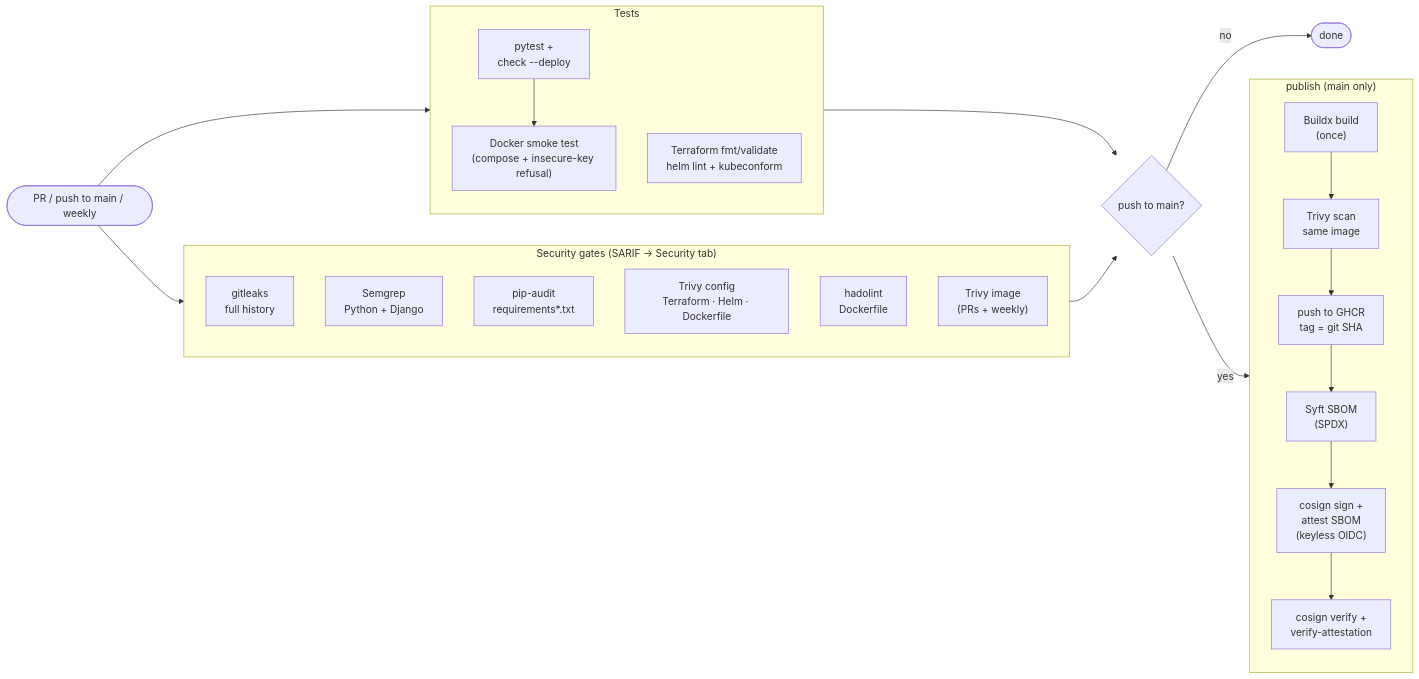
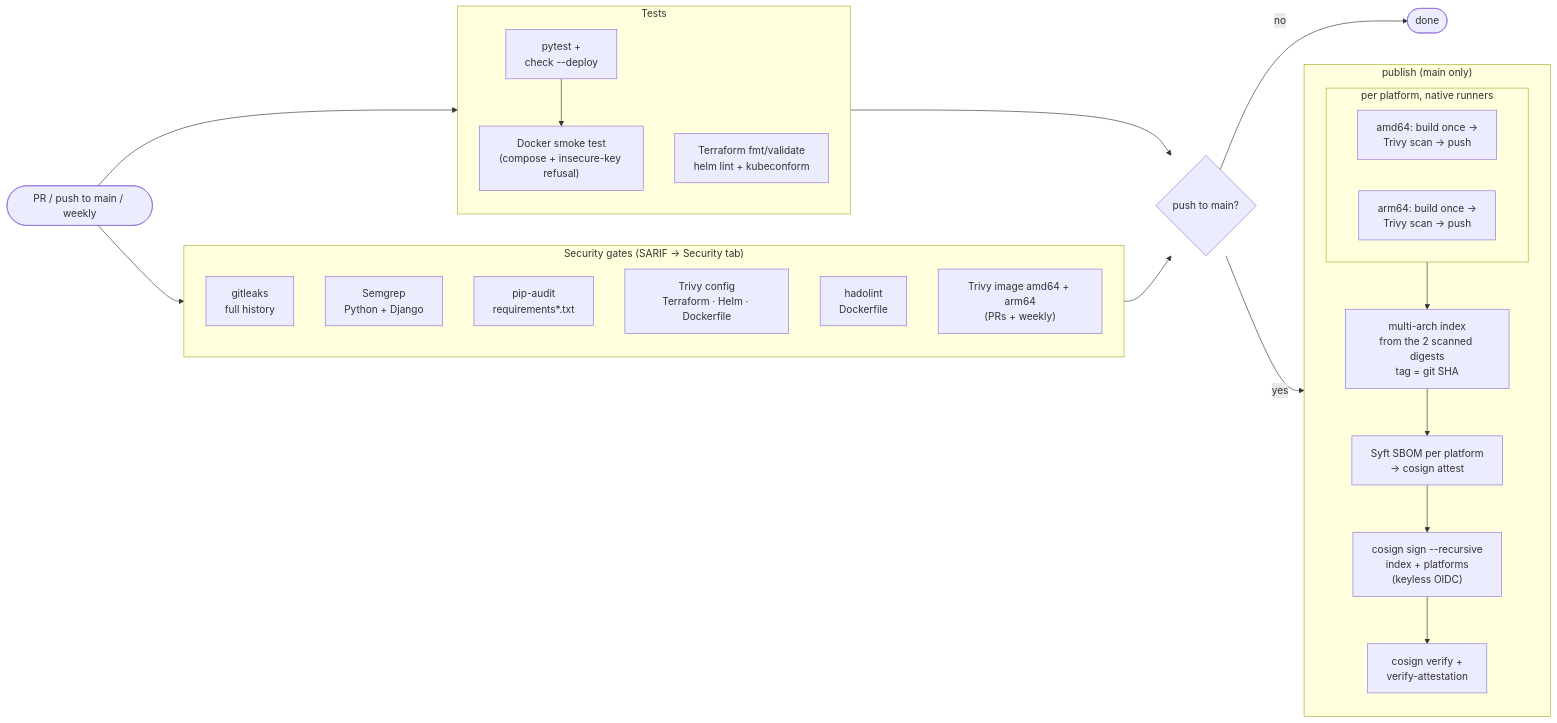
Before and after one commit to Shayur-p60/django-task-manager: the diagram in README.md, drawn with Mermaid. The commit also changed other lines of this file and 2 other files, not shown here.

First line of the commit message:
Publish multi-arch images (linux/amd64 + linux/arm64)

````diff
--- a/README.md
+++ b/README.md
@@ -256,33 +256,37 @@
 ```mermaid
 flowchart LR
     trigger(["PR / push to main / weekly"]) --> tests & gates
 
     subgraph tests["Tests"]
         direction TB
         pytest["pytest +<br/>check --deploy"] --> smoke["Docker smoke test<br/>(compose + insecure-key refusal)"]
         k8s["Terraform fmt/validate<br/>helm lint + kubeconform"]
     end
 
     subgraph gates["Security gates (SARIF → Security tab)"]
         direction TB
         secrets["gitleaks<br/>full history"]
         sast["Semgrep<br/>Python + Django"]
         deps["pip-audit<br/>requirements*.txt"]
         iac["Trivy config<br/>Terraform · Helm · Dockerfile"]
         lint["hadolint<br/>Dockerfile"]
-        scan["Trivy image<br/>(PRs + weekly)"]
+        scan["Trivy image amd64 + arm64<br/>(PRs + weekly)"]
     end
 
     tests & gates --> gate{"push to main?"}
     gate -- no --> done(["done"])
     gate -- yes --> publish
 
     subgraph publish["publish (main only)"]
         direction TB
-        build["Buildx build<br/>(once)"] --> iscan["Trivy scan<br/>same image"]
-        iscan --> push["push to GHCR<br/>tag = git SHA"]
-        push --> sbom["Syft SBOM<br/>(SPDX)"]
-        sbom --> sign["cosign sign +<br/>attest SBOM<br/>(keyless OIDC)"]
+        subgraph perarch["per platform, native runners"]
+            direction LR
+            amd["amd64: build once →<br/>Trivy scan → push"]
+            arm["arm64: build once →<br/>Trivy scan → push"]
+        end
+        perarch --> index["multi-arch index<br/>from the 2 scanned digests<br/>tag = git SHA"]
+        index --> sbom["Syft SBOM per platform<br/>→ cosign attest"]
+        sbom --> sign["cosign sign --recursive<br/>index + platforms<br/>(keyless OIDC)"]
         sign --> verify["cosign verify +<br/>verify-attestation"]
     end
 ```
````
